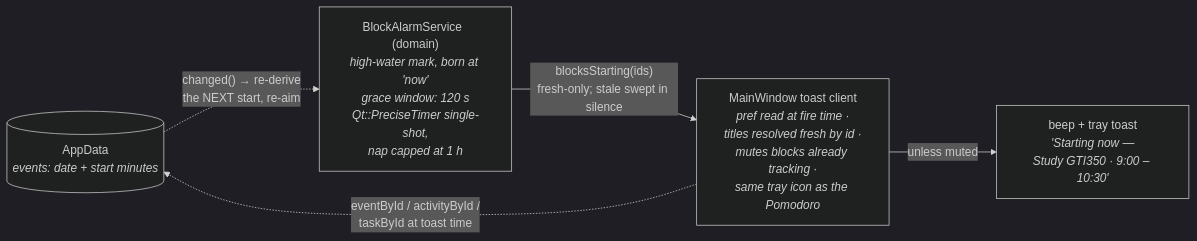
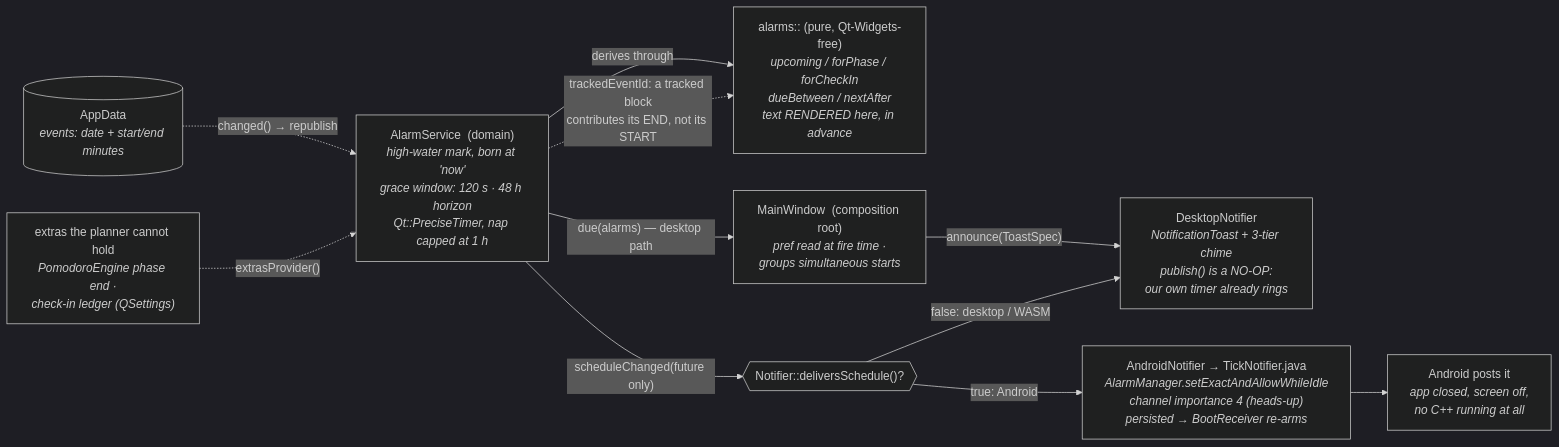
One commit to LovedArie/TickTimer changed the diagram in diagrams/block_alarm_flow.mmd. Above: the diagram before and after it, drawn with Mermaid (dark theme). The commit also changed 39 other files, not shown here.

First line of the commit message:
v30.6 - notifications that survive the app closing

```diff
--- a/diagrams/block_alarm_flow.mmd
+++ b/diagrams/block_alarm_flow.mmd
@@ -1,14 +1,33 @@
-%% Block-start alarms — derive-don't-store, applied to time (v19.5)
+%% Alarms — the schedule as a value, published to whoever holds schedules
+%% (v19.5 derive-don't-store; v30.6 inverted so it survives the app closing)
 flowchart LR
-    AD[("AppData<br/><i>events: date + start minutes</i>")]
+    AD[("AppData<br/><i>events: date + start/end minutes</i>")]
 
-    SVC["BlockAlarmService  (domain)<br/><i>high-water mark, born at 'now'<br/>grace window: 120 s<br/>Qt::PreciseTimer single-shot,<br/>nap capped at 1 h</i>"]
+    EXTRA["extras the planner cannot hold<br/><i>PomodoroEngine phase end ·<br/>check-in ledger (QSettings)</i>"]
 
-    MW["MainWindow toast client<br/><i>pref read at fire time ·<br/>titles resolved fresh by id ·<br/>mutes blocks already tracking ·<br/>same tray icon as the Pomodoro</i>"]
+    PURE["alarms:: (pure, Qt-Widgets-free)<br/><i>upcoming / forPhase / forCheckIn<br/>dueBetween / nextAfter<br/>text RENDERED here, in advance</i>"]
 
-    TRAY["beep + tray toast<br/><i>'Starting now —<br/>Study GTI350 · 9:00 – 10:30'</i>"]
+    SVC["AlarmService  (domain)<br/><i>high-water mark, born at 'now'<br/>grace window: 120 s · 48 h horizon<br/>Qt::PreciseTimer, nap capped at 1 h</i>"]
 
-    AD -.->|"changed() → re-derive<br/>the NEXT start, re-aim"| SVC
-    SVC -->|"blocksStarting(ids)<br/>fresh-only; stale swept in silence"| MW
-    MW -->|"unless muted"| TRAY
-    MW -.->|"eventById / activityById /<br/>taskById at toast time"| AD
+    MW["MainWindow  (composition root)<br/><i>pref read at fire time ·<br/>groups simultaneous starts</i>"]
+
+    NOTIF{{"Notifier::deliversSchedule()?"}}
+
+    DESK["DesktopNotifier<br/><i>NotificationToast + 3-tier chime<br/>publish() is a NO-OP:<br/>our own timer already rings</i>"]
+
+    DROID["AndroidNotifier → TickNotifier.java<br/><i>AlarmManager.setExactAndAllowWhileIdle<br/>channel importance 4 (heads-up)<br/>persisted → BootReceiver re-arms</i>"]
+
+    OS["Android posts it<br/><i>app closed, screen off,<br/>no C++ running at all</i>"]
+
+    AD -.->|"changed() → republish"| SVC
+    EXTRA -.->|"extrasProvider()"| SVC
+    SVC -->|"derives through"| PURE
+    SVC -->|"scheduleChanged(future only)"| NOTIF
+    SVC -->|"due(alarms) — desktop path"| MW
+    MW -->|"announce(ToastSpec)"| DESK
+    NOTIF -->|"false: desktop / WASM"| DESK
+    NOTIF -->|"true: Android"| DROID
+    DROID --> OS
+
+    %% The one mute rule, and why it had to become pure
+    SVC -.->|"trackedEventId: a tracked block<br/>contributes its END, not its START"| PURE
```
